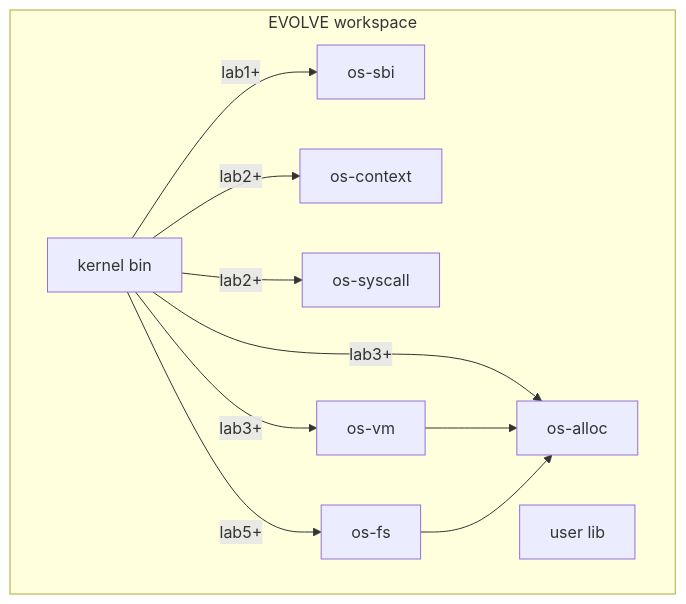
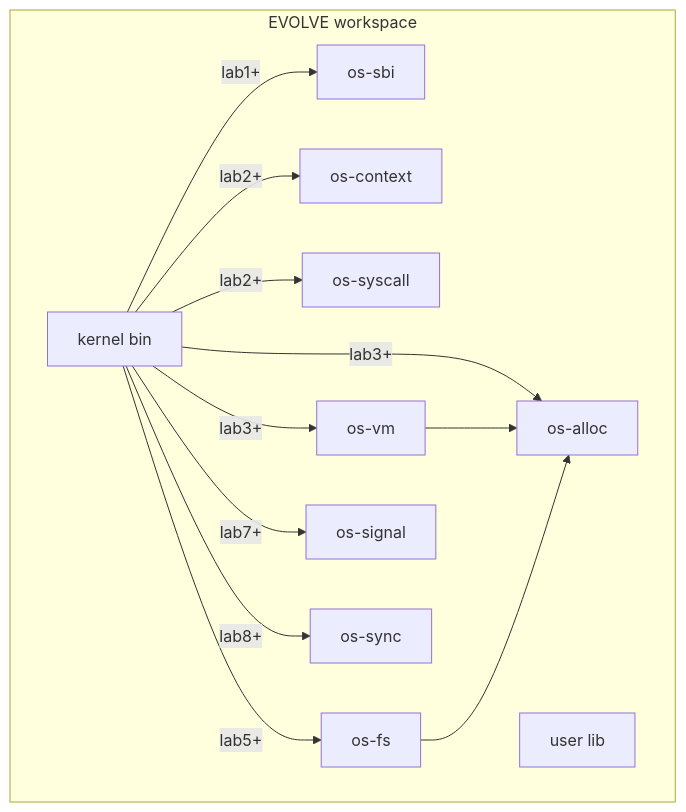
Before and after one commit to AM-SuSh/EVOLVE: the first of 4 diagrams in os-lab/docs/architecture.md, drawn with Mermaid. The commit also changed other lines of this file and 23 other files, not shown here.

````diff
--- a/os-lab/docs/architecture.md
+++ b/os-lab/docs/architecture.md
@@ -13,22 +13,26 @@
 ```mermaid
 graph TD
     subgraph workspace [EVOLVE workspace]
         kernel[kernel bin]
         osSbi[os-sbi]
         osContext[os-context]
         osSyscall[os-syscall]
         osAlloc[os-alloc]
         osVm[os-vm]
         osFs[os-fs]
+        osSignal[os-signal]
+        osSync[os-sync]
         user[user lib]
     end
 
     kernel -->|lab1+| osSbi
     kernel -->|lab2+| osContext
     kernel -->|lab2+| osSyscall
     kernel -->|lab3+| osAlloc
     kernel -->|lab3+| osVm
     kernel -->|lab5+| osFs
+    kernel -->|lab7+| osSignal
+    kernel -->|lab8+| osSync
     osVm --> osAlloc
     osFs --> osAlloc
 ```
````
